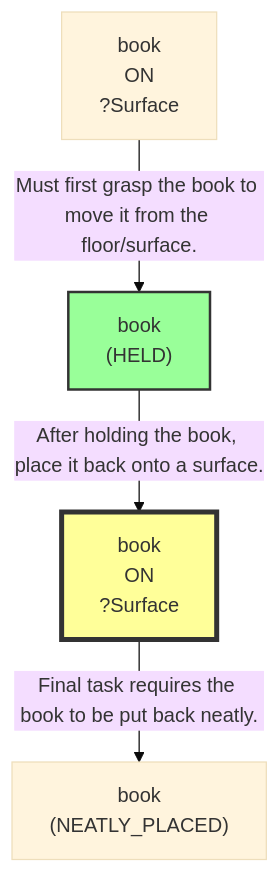
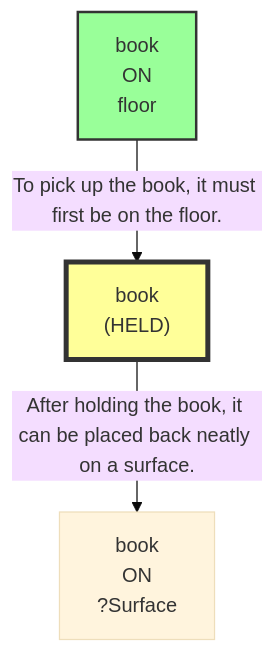
The fifth of 14 diagrams in evaluation/results/table3/robostate/runs/without_parameter_binding/G2_09/run_T3_without_parameter_binding_G2_09.md (scuama/virtualhome), drawn with Mermaid (base theme) before and after one commit. The commit also changed other lines of this file and 507 other files, not shown here.

````diff
--- a/evaluation/results/table3/robostate/runs/without_parameter_binding/G2_09/run_T3_without_parameter_binding_G2_09.md
+++ b/evaluation/results/table3/robostate/runs/without_parameter_binding/G2_09/run_T3_without_parameter_binding_G2_09.md
@@ -377,12 +388,10 @@
 ```mermaid
 graph TD
-    N1["book<br>ON<br>?Surface"]
+    N1["book<br>ON<br>floor"]
+    style N1 fill:#9f9,stroke:#333,stroke-width:2px
     N2["book<br>(HELD)"]
-    style N2 fill:#9f9,stroke:#333,stroke-width:2px
+    style N2 fill:#ff9,stroke:#333,stroke-width:4px
     N3["book<br>ON<br>?Surface"]
-    style N3 fill:#ff9,stroke:#333,stroke-width:4px
-    N4["book<br>(NEATLY_PLACED)"]
-    N1 -->|"Must first grasp the book to move it from the floor/surface."| N2
-    N2 -->|"After holding the book, place it back onto a surface."| N3
-    N3 -->|"Final task requires the book to be put back neatly."| N4
+    N1 -->|"To pick up the book, it must first be on the floor."| N2
+    N2 -->|"After holding the book, it can be placed back neatly on a surface."| N3
 ```
````
